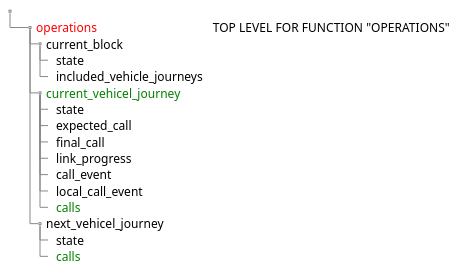
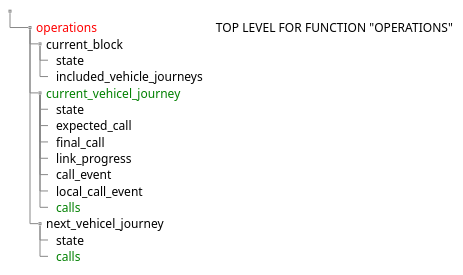
The diagram in puml-linktest/operations.puml (ITxPT/schematest), drawn with PlantUML before and after one commit.

```diff
--- a/puml-linktest/operations.puml
+++ b/puml-linktest/operations.puml
@@ -1,44 +1,44 @@
 @startsalt (id=operations)
 {
 {T
 ' operations related topics
 ' Status: workdoc, version 0.1
 ' the first topic level (+) is assigned to the ITxPT root topic
 
 ' Operational Information Topics
 .
-++ <font color=red>operations | <font color=black>TOP LEVEL FOR FUNCTION "OPERATIONS"
+++ <font color=red>operations | <font color=black> TOP LEVEL FOR FUNCTION "OPERATIONS"
 
 ' Current Operations Topics
 +++ current_block
 ++++ state
 ++++ included_vehicle_journeys
 
 ' current vehicle journey
 +++ <font color=green>current_vehicel_journey
 ++++ state
 
 ' new structure (AF), removed deitails level
 ' ++++ details
 ++++ expected_call
 ++++ final_call
 ++++ link_progress
 ++++ call_event
 ++++ local_call_event
 ++++ <font color=green>calls
 '++++++ <font color=green>[sequenceNumber]
 
 ' next vehicle journey
 +++ next_vehicel_journey
 ++++ state
 ++++ <font color=green>calls
 '+++++ [sequenceNumber]
 
 }
 }
 
 'logon
 'raw link from github
 '!include https://raw.githubusercontent.com/ITxPT/schematest/main/puml-linktest/logon_mqtt-topics.puml!logon
 
 @endsalt
```
